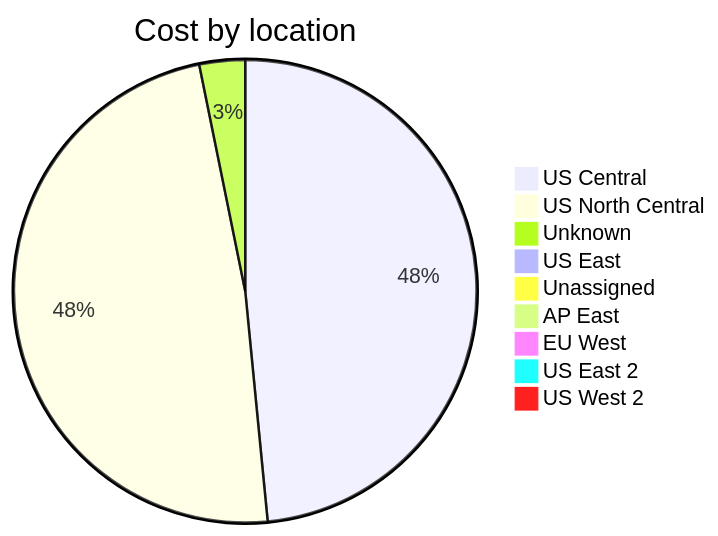
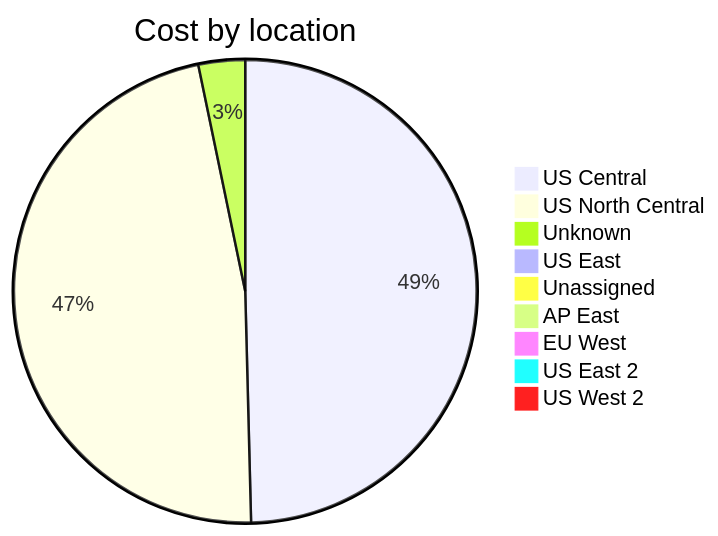
One commit to jpfulton/azure-personal-reports changed the third of 4 diagrams in cost-reports/accumulated-cost.md. Above: the diagram before and after it, drawn with Mermaid. The commit also changed other lines of this file and 4 other files, not shown here.

````diff
--- a/cost-reports/accumulated-cost.md
+++ b/cost-reports/accumulated-cost.md
@@ -131,13 +131,13 @@
 ```mermaid
 pie
    title Cost by location
-   "US Central" : 15.80
+   "US Central" : 16.59
    "US North Central" : 15.77
-   "Unknown" : 1.04
-   "US East" : 0.26
+   "Unknown" : 1.09
+   "US East" : 0.27
    "Unassigned" : 0.10
    "AP East" : 0.00
    "EU West" : 0.00
    "US East 2" : 0.00
    "US West 2" : 0.00
 ```
````
